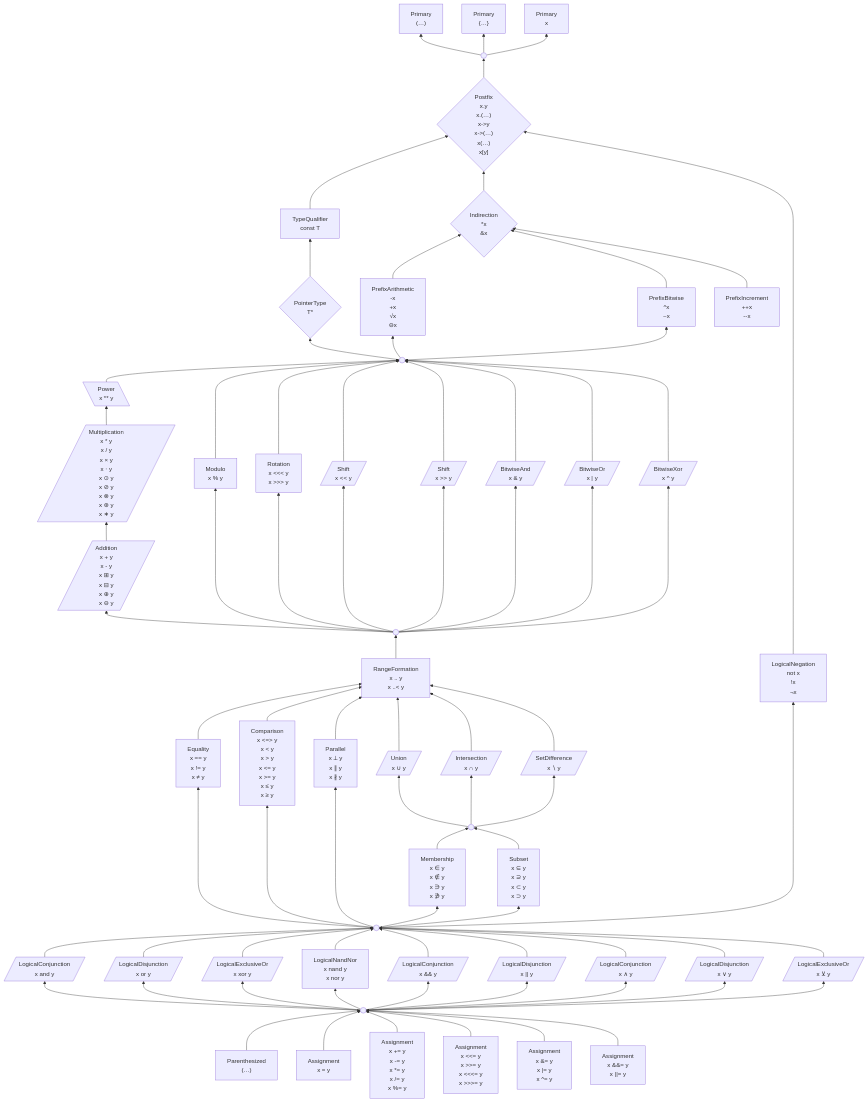
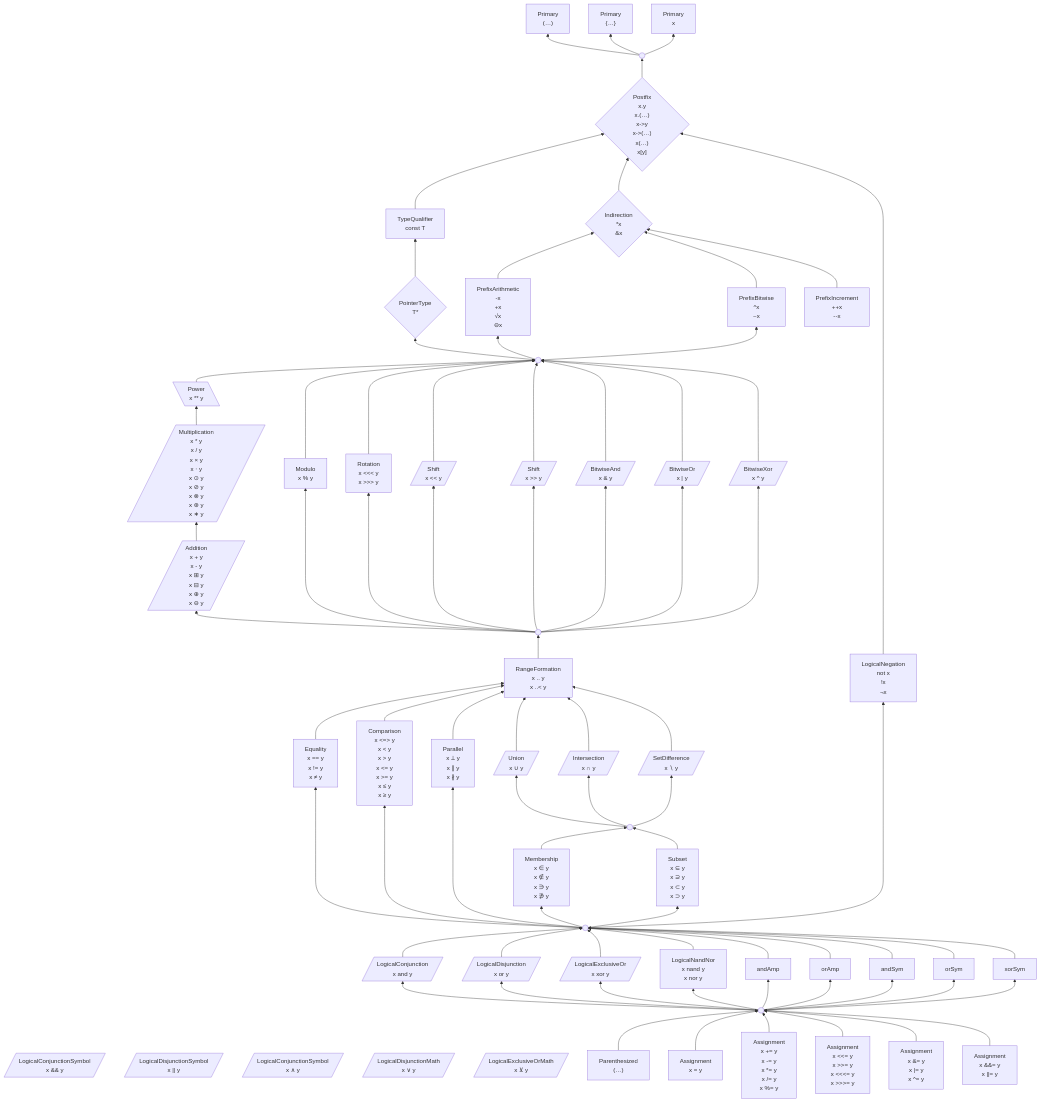
The first of 2 diagrams in 6 .../2 Unfinished Ideas.md (laro/Cilia), drawn with Mermaid before and after one commit.

Commit message:
Update 2 Unfinished Ideas.md

```diff
--- a/6 .../2 Unfinished Ideas.md
+++ b/6 .../2 Unfinished Ideas.md
@@ -360,15 +360,15 @@
     nandNor["LogicalNandNor
 x nand y
 x nor y"]
-    andAmp[/"LogicalConjunction
+    andSymbol[/"LogicalConjunctionSymbol
 x && y"/]
-    orAmp[/"LogicalDisjunction
+    orSymbol[/"LogicalDisjunctionSymbol
 x || y"/]
-    andSym[/"LogicalConjunction
+    andMathl[/"LogicalConjunctionSymbol
 x ∧ y"/]
-    orSym[/"LogicalDisjunction
+    orMath[/"LogicalDisjunctionMath
 x ∨ y"/]
-    xorSym[/"LogicalExclusiveOr
+    xorMath[/"LogicalExclusiveOrMath
 x ⊻ y"/]
 
     %% logicalExpression ---> as
```
